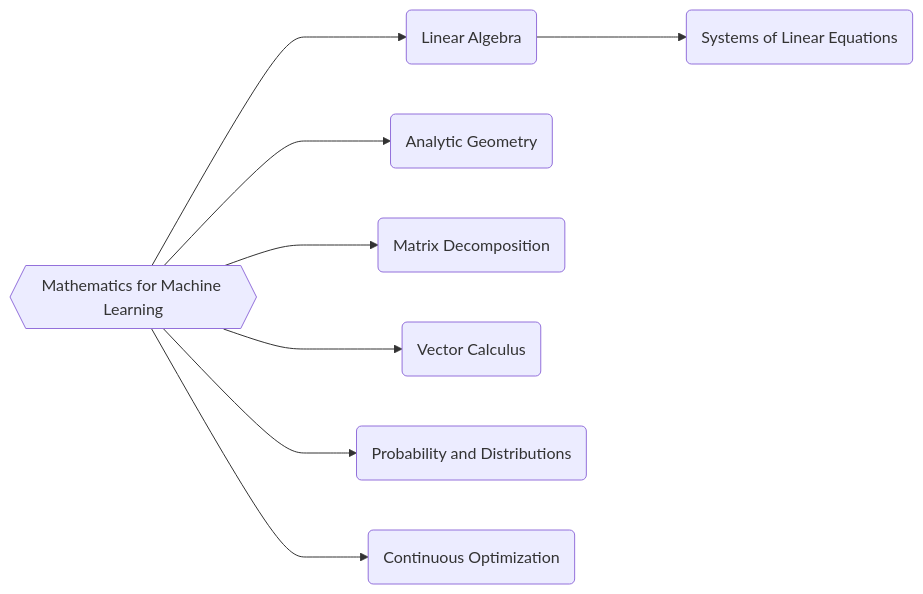
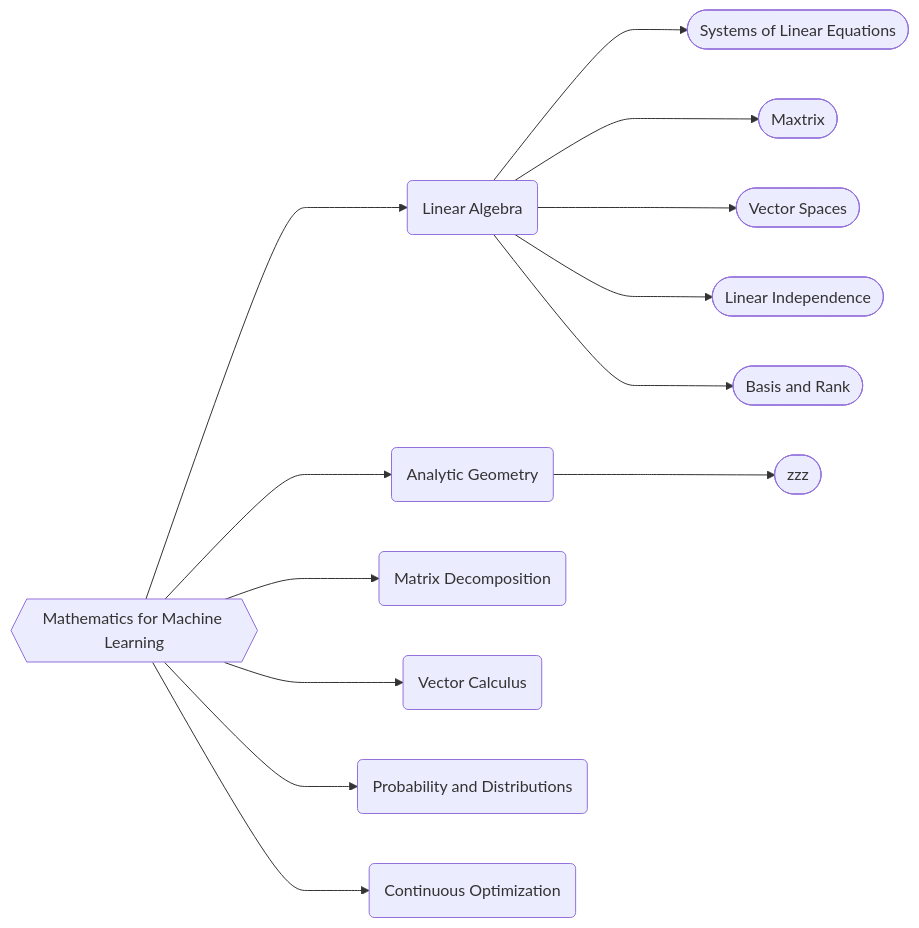
The diagram in e.md (nklvjp/zzzzzzzzz), drawn with Mermaid before and after one commit.

````diff
--- a/e.md
+++ b/e.md
@@ -1,10 +1,15 @@
 ```mermaid
 flowchart LR
     A{{Mathematics for Machine Learning}} ---> B(Linear Algebra)
     A ---> C(Analytic Geometry)
     A ---> D(Matrix Decomposition)
     A ---> E(Vector Calculus)
     A ---> F(Probability and Distributions)
     A ---> G(Continuous Optimization)
-    B ---> B2(Systems of Linear Equations)
+    B ---> B1([Systems of Linear Equations])
+    B ---> B2([Maxtrix])
+    B ---> B3([Vector Spaces])
+    B ---> B4([Linear Independence])
+    B ---> B5([Basis and Rank])
+    C ---> C1([zzz])
 ```
````
